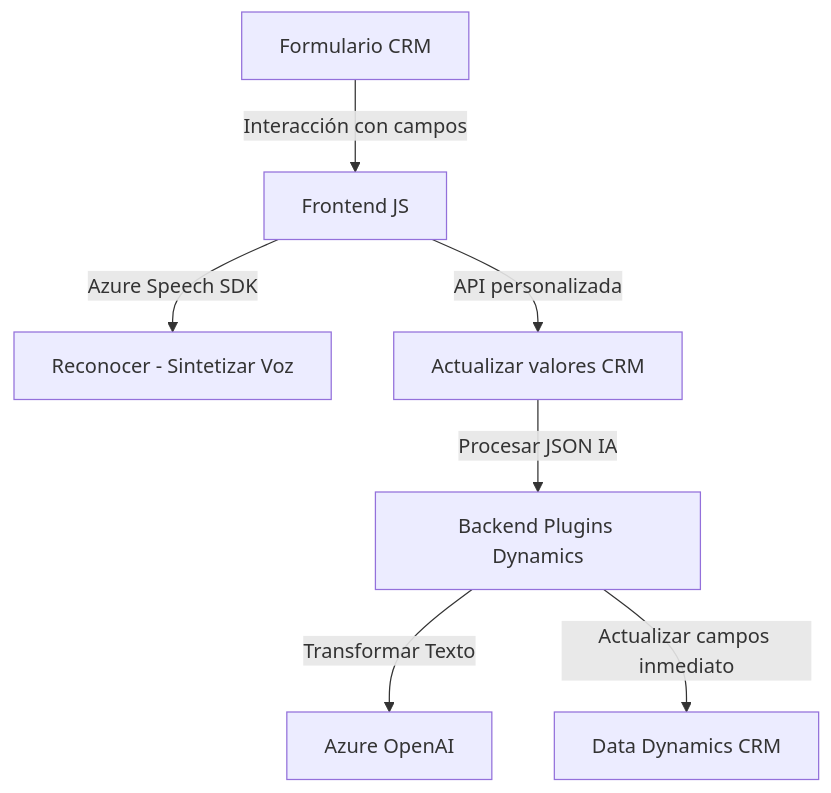
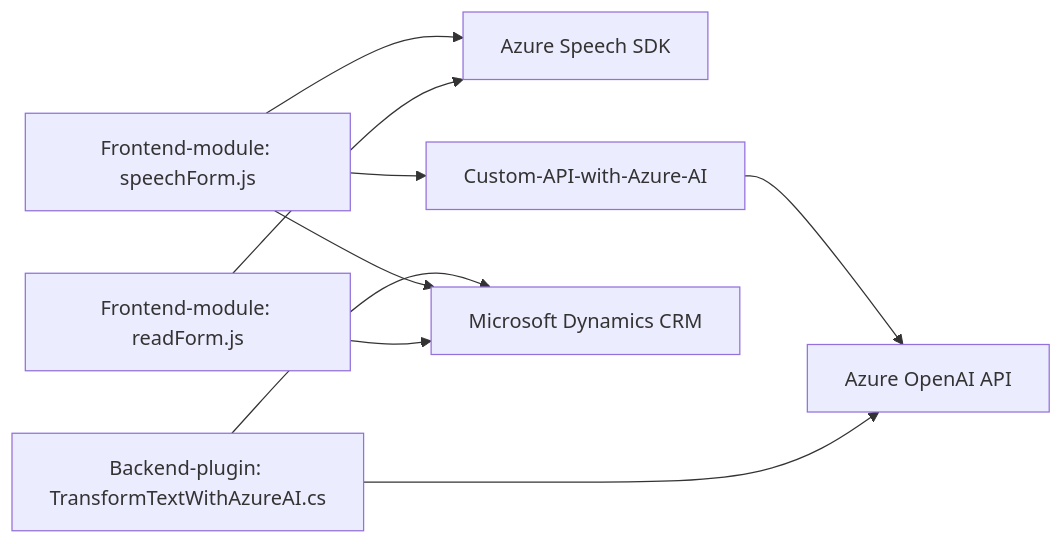
The diagram in README.md (blopezdm/NETCORE_BILBAO2025), drawn with Mermaid before and after one commit. The commit also changed other lines of this file, not shown here.

Commit message:
Actualizar análisis global de la solución con IA

````diff
--- a/README.md
+++ b/README.md
@@ -36,9 +53,19 @@
 ```mermaid
-graph TD
-  A["Formulario CRM"] -->|Interacción con campos| B["Frontend JS"]
-  B -->|Azure Speech SDK| C["Reconocer - Sintetizar Voz"]
-  B -->|API personalizada| E["Actualizar valores CRM"]
-  E -->|Procesar JSON IA| F["Backend Plugins Dynamics"]
-  F -->|Transformar Texto| G["Azure OpenAI"]
-  F -->|Actualizar campos inmediato| H["Data Dynamics CRM"]
+graph LR
+  A1["Frontend-module: readForm.js"]
+  A2["Frontend-module: speechForm.js"]
+  A3["Backend-plugin: TransformTextWithAzureAI.cs"]
+  A4["Azure Speech SDK"]
+  A5["Azure OpenAI API"]
+  A6["Custom-API-with-Azure-AI"]
+  A7["Microsoft Dynamics CRM"]
+
+  A1 --> A4
+  A1 --> A7
+  A2 --> A4
+  A2 --> A6
+  A2 --> A7
+  A3 --> A5
+  A3 --> A7
+  A6 --> A5
 ```
````
